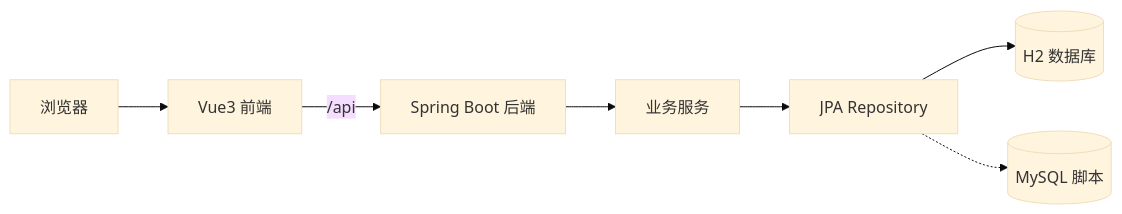
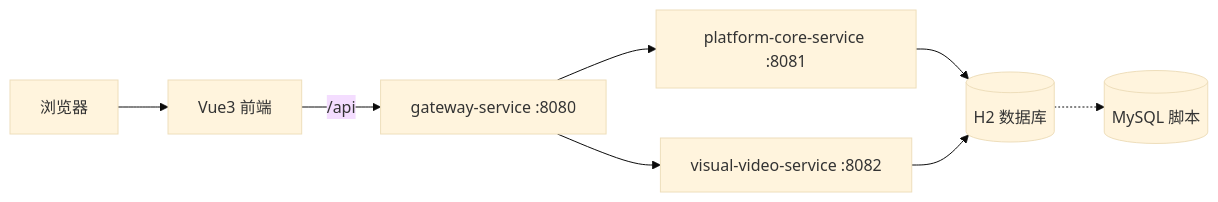
The diagram in docs/项目报告.md (hmhm114514/industrial-iot-platform), drawn with Mermaid (base theme) before and after one commit. The commit also changed other lines of this file and 218 other files, not shown here.

````diff
--- a/docs/项目报告.md
+++ b/docs/项目报告.md
@@ -48,9 +48,10 @@
 ```mermaid
 flowchart LR
     Browser[浏览器] --> Frontend[Vue3 前端]
-    Frontend -->|/api| Backend[Spring Boot 后端]
-    Backend --> Service[业务服务]
-    Service --> Repo[JPA Repository]
-    Repo --> H2[(H2 数据库)]
-    Repo -.-> MySQL[(MySQL 脚本)]
+    Frontend -->|/api| Gateway[gateway-service :8080]
+    Gateway --> Core[platform-core-service :8081]
+    Gateway --> Visual[visual-video-service :8082]
+    Core --> H2[(H2 数据库)]
+    Visual --> H2
+    H2 -.-> MySQL[(MySQL 脚本)]
 ```
````
